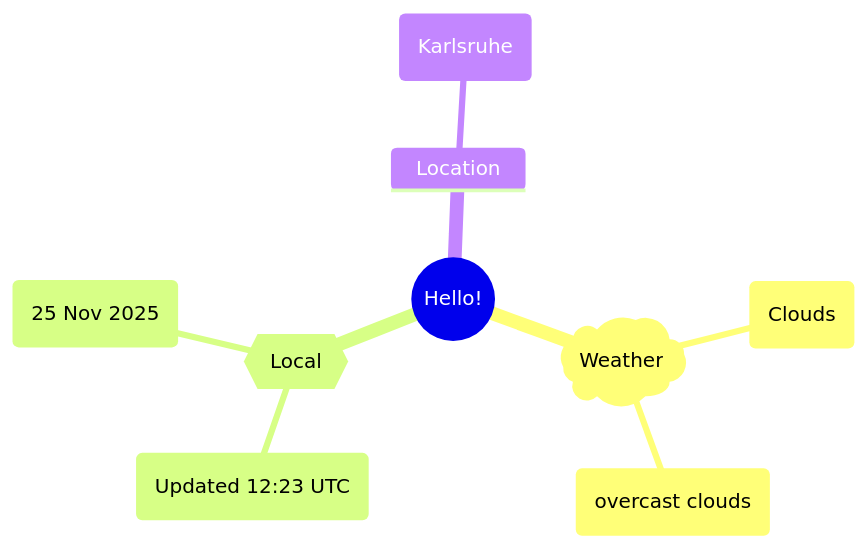
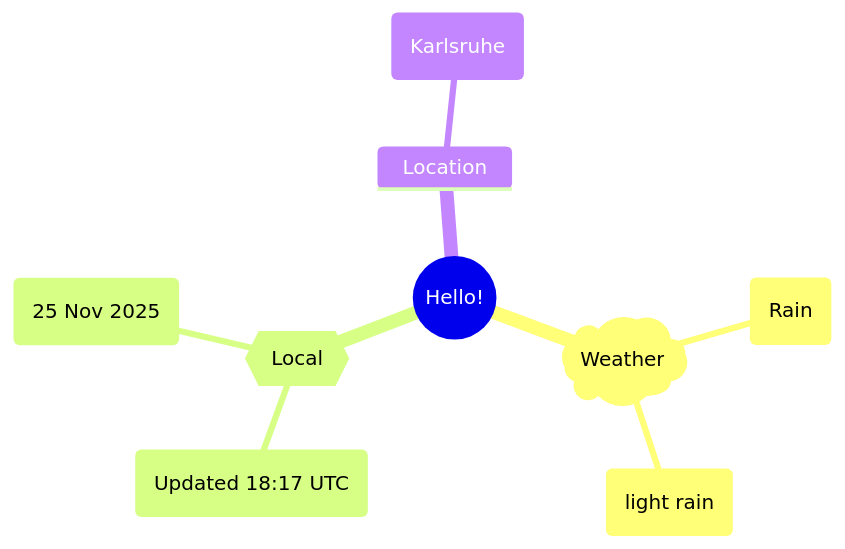
One commit to Xosrov/Xosrov changed the first of 2 diagrams in README.md. Above: the diagram before and after it, drawn with Mermaid.

Commit message:
[bot] updated images

````diff
--- a/README.md
+++ b/README.md
@@ -3,12 +3,12 @@
 ```mermaid
 mindmap
   root((Hello!))
     )Weather(
-        (Clouds)
-        (overcast clouds)
+        (Rain)
+        (light rain)
     {{Local}}
-        (Updated 12:23 UTC)
+        (Updated 18:17 UTC)
         (25 Nov 2025)
     Location
         (Karlsruhe)
 ```
````
